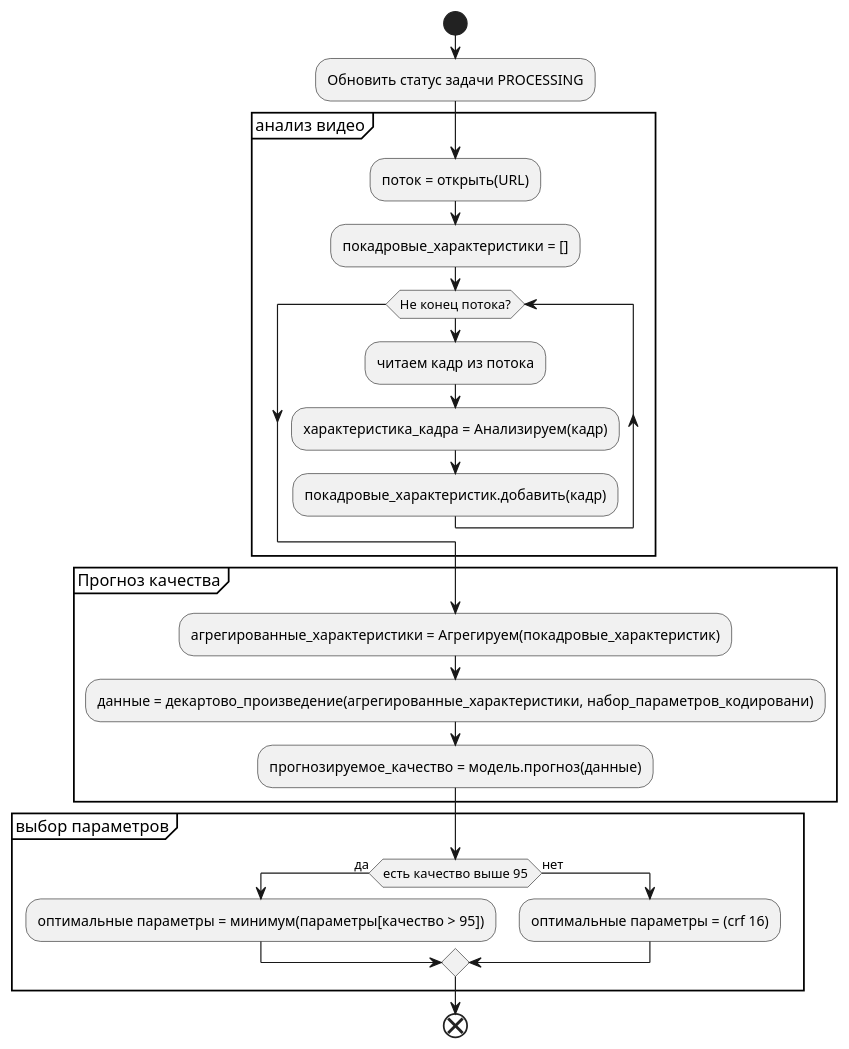
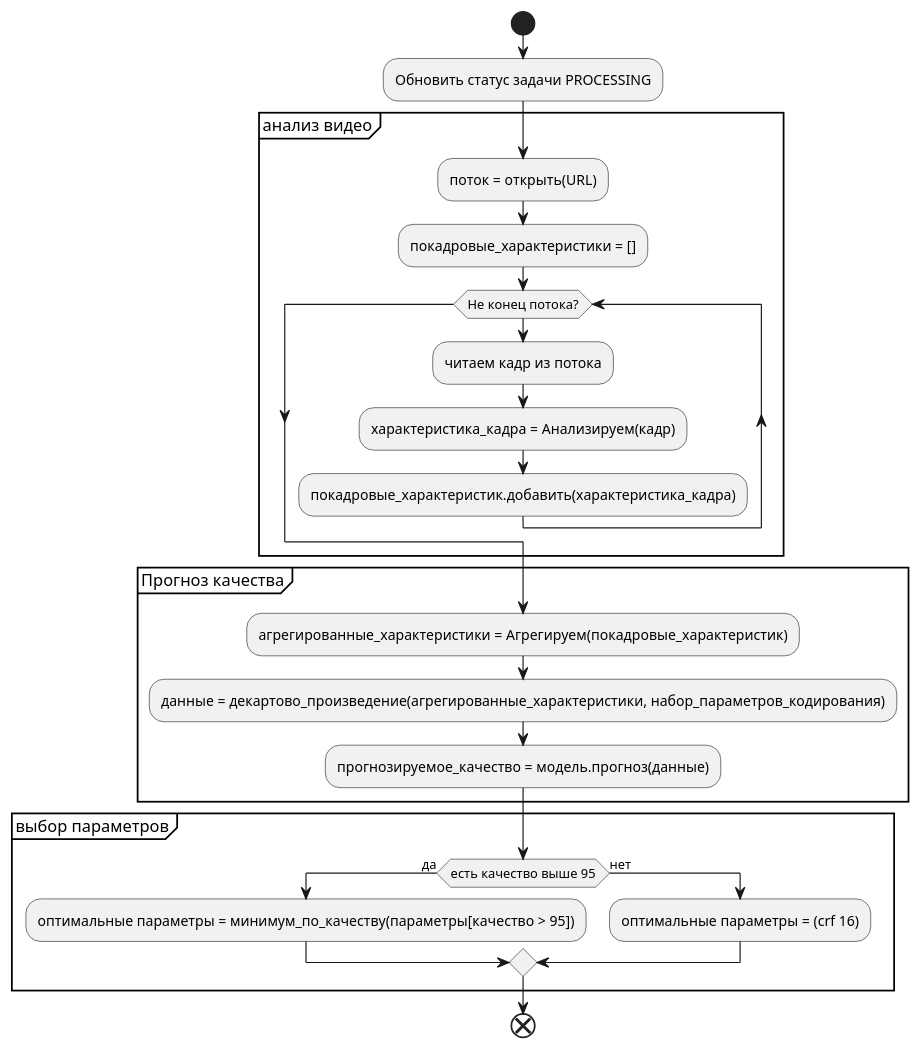
Before and after one commit to TiunovNN/video-compression-model: the diagram in thesis/feature_calculator_algo.wsd, drawn with PlantUML. The commit also changed 4 other files, not shown here.

```diff
--- a/thesis/feature_calculator_algo.wsd
+++ b/thesis/feature_calculator_algo.wsd
@@ -1,26 +1,26 @@
 @startuml
 start
 :Обновить статус задачи PROCESSING;
 group анализ видео
     :поток = открыть(URL);
     :покадровые_характеристики = [];
     while (Не конец потока?)
         :читаем кадр из потока;
         :характеристика_кадра = Анализируем(кадр);
-        :покадровые_характеристик.добавить(кадр);
+        :покадровые_характеристик.добавить(характеристика_кадра);
     endwhile
 end group
 group Прогноз качества
     :агрегированные_характеристики = Агрегируем(покадровые_характеристик);
-    :данные = декартово_произведение(агрегированные_характеристики, набор_параметров_кодировани);
+    :данные = декартово_произведение(агрегированные_характеристики, набор_параметров_кодирования);
     :прогнозируемое_качество = модель.прогноз(данные);
 end group
 group выбор параметров
     if (есть качество выше 95) then (да)
-        :оптимальные параметры = минимум(параметры[качество > 95]);
+        :оптимальные параметры = минимум_по_качеству(параметры[качество > 95]);
     else (нет)
         :оптимальные параметры = (crf 16);
     endif
 end group
 end
 @enduml
```
